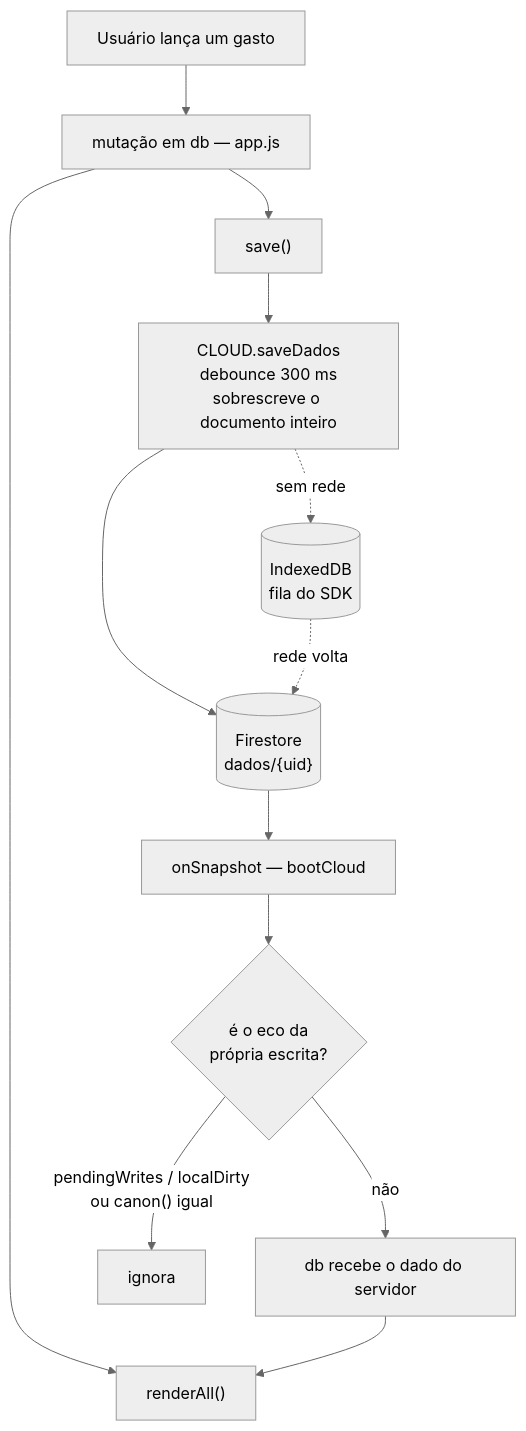
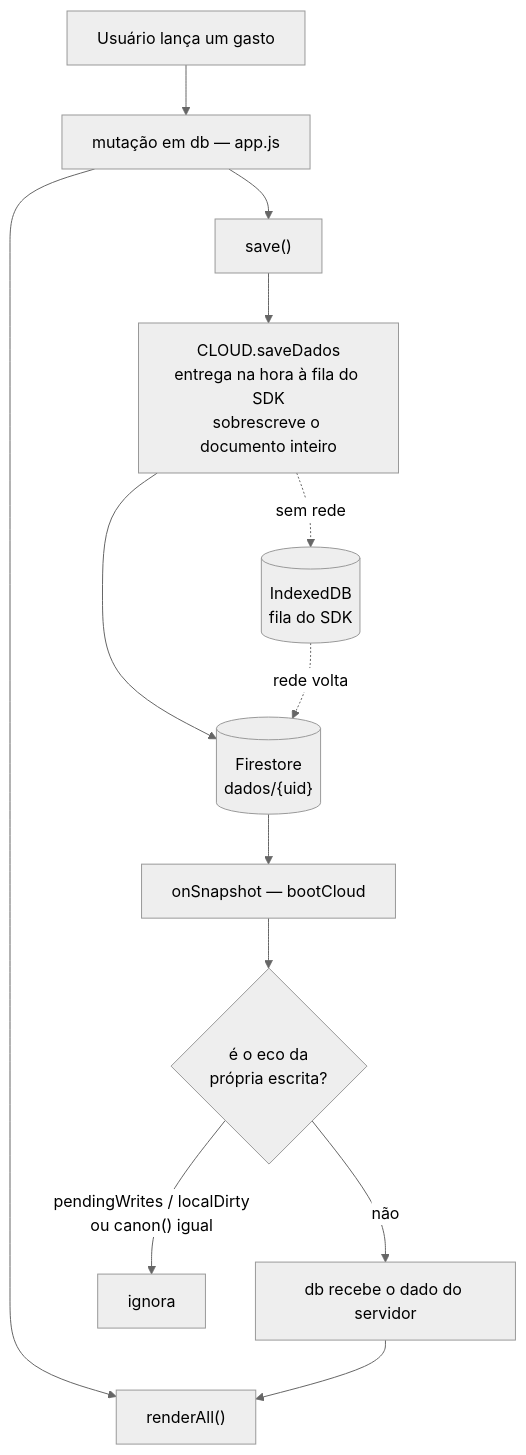
The diagram in docs/ARQUITETURA.md (gstuchi/app_construcao_civil), drawn with Mermaid (neutral theme) before and after one commit. The commit also changed 2 other files, not shown here.

Commit message:
docs: corrigir descricao do salvamento, que nao tem debounce

````diff
--- a/docs/ARQUITETURA.md
+++ b/docs/ARQUITETURA.md
@@ -15,15 +15,15 @@
 ```mermaid
 flowchart TD
     U["Usuário lança um gasto"] --> M["mutação em db — app.js"]
     M --> R["renderAll()"]
     M --> S["save()"]
-    S --> C["CLOUD.saveDados<br/>debounce 300 ms<br/>sobrescreve o documento inteiro"]
+    S --> C["CLOUD.saveDados<br/>entrega na hora à fila do SDK<br/>sobrescreve o documento inteiro"]
     C --> F[("Firestore<br/>dados/{uid}")]
     C -. sem rede .-> IDB[("IndexedDB<br/>fila do SDK")]
     IDB -. rede volta .-> F
     F --> O["onSnapshot — bootCloud"]
     O --> E{"é o eco da<br/>própria escrita?"}
     E -- "pendingWrites / localDirty<br/>ou canon() igual" --> X["ignora"]
     E -- não --> D["db recebe o dado do servidor"]
     D --> R
 ```
````
